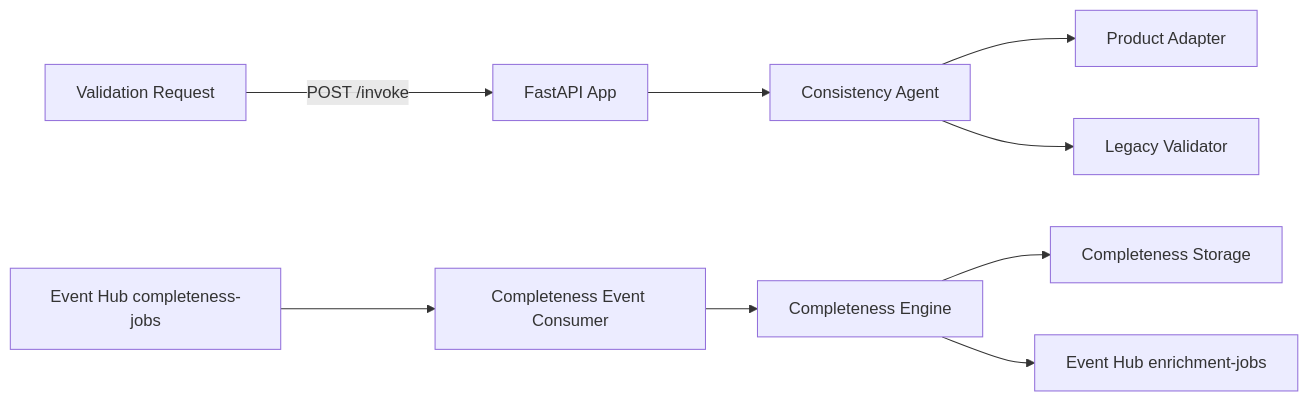
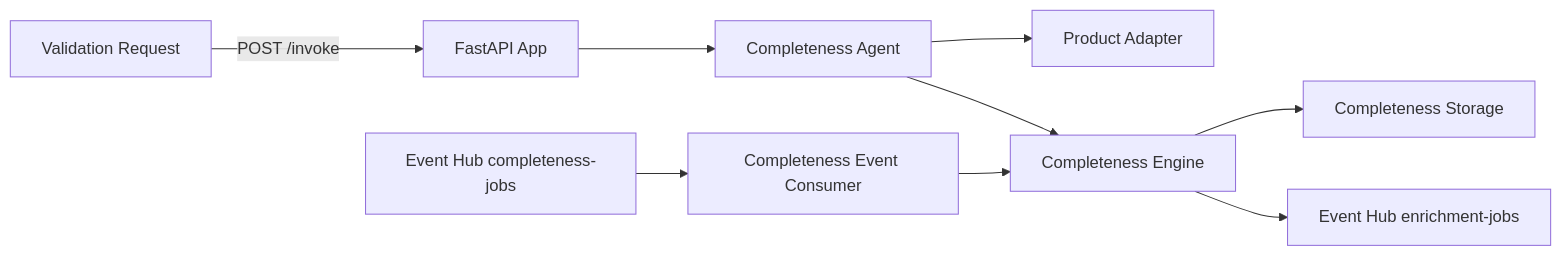
The diagram in docs/architecture/components/apps/product-management-consistency-validation.md (Azure-Samples/holiday-peak-hub), drawn with Mermaid before and after one commit. The commit also changed other lines of this file and 10 other files, not shown here.

````diff
--- a/docs/architecture/components/apps/product-management-consistency-validation.md
+++ b/docs/architecture/components/apps/product-management-consistency-validation.md
@@ -17,11 +17,11 @@
 ```mermaid
 graph LR
     Client[Validation Request] -->|POST /invoke| API[FastAPI App]
-    API --> Agent[Consistency Agent]
+    API --> Agent[Completeness Agent]
     Agent --> Products[Product Adapter]
-    Agent --> Validator[Legacy Validator]
+    Agent --> Engine[Completeness Engine]
     EH[Event Hub completeness-jobs] --> Consumer[Completeness Event Consumer]
     Consumer --> Engine[Completeness Engine]
     Engine --> Cosmos[Completeness Storage]
     Engine --> EH2[Event Hub enrichment-jobs]
 ```
````
